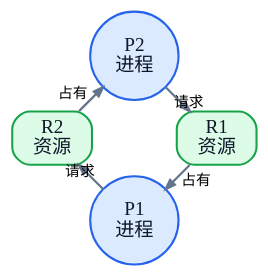
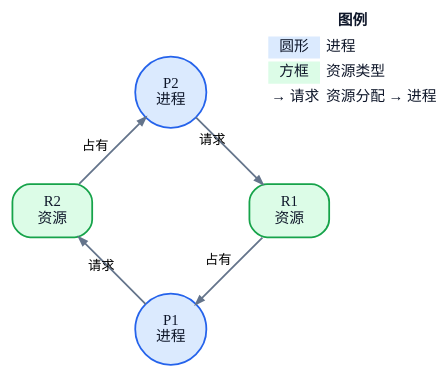
Before and after one commit to 74262195/system-architect-notes: the diagram in 01_综合知识/01_计算机基础知识/02_操作系统/死锁与银行家算法.md, drawn with Graphviz.

Commit message:
优化死锁图尺寸并补充图例

````diff
--- a/01_综合知识/01_计算机基础知识/02_操作系统/死锁与银行家算法.md
+++ b/01_综合知识/01_计算机基础知识/02_操作系统/死锁与银行家算法.md
@@ -93,17 +93,24 @@
 ```dot
 digraph ResourceAllocationGraph {
-  graph [layout=circo, bgcolor="transparent", pad=0.15, nodesep=0.3, overlap=false]
-  node [fontname="PingFang SC", fontsize=13, style="filled", penwidth=1.4, color="#334155", fontcolor="#0F172A"]
-  edge [fontname="PingFang SC", fontsize=10, color="#64748B", penwidth=1.5, arrowsize=0.65]
+  graph [layout=circo, bgcolor="transparent", pad=0.05, margin=0, nodesep=0.15, overlap=false, ratio=compress]
+  node [fontname="PingFang SC", fontsize=10, style="filled", penwidth=1.2, color="#334155", fontcolor="#0F172A", margin="0.1,0.06"]
+  edge [fontname="PingFang SC", fontsize=9, color="#64748B", penwidth=1.2, arrowsize=0.55]
 
   P1 [label="P1\n进程", shape=circle, fillcolor="#DBEAFE", color="#2563EB"]
   P2 [label="P2\n进程", shape=circle, fillcolor="#DBEAFE", color="#2563EB"]
   R1 [label="R1\n资源", shape=box, style="rounded,filled", fillcolor="#DCFCE7", color="#16A34A"]
   R2 [label="R2\n资源", shape=box, style="rounded,filled", fillcolor="#DCFCE7", color="#16A34A"]
 
   P1 -> R2 [label="请求"]
   R2 -> P2 [label="占有"]
   P2 -> R1 [label="请求"]
   R1 -> P1 [label="占有"]
+
+  legend [shape=plain, style="", label=<<TABLE BORDER="0" CELLBORDER="0" CELLSPACING="2" CELLPADDING="2">
+    <TR><TD COLSPAN="2"><B>图例</B></TD></TR>
+    <TR><TD BGCOLOR="#DBEAFE">圆形</TD><TD ALIGN="LEFT">进程</TD></TR>
+    <TR><TD BGCOLOR="#DCFCE7">方框</TD><TD ALIGN="LEFT">资源类型</TD></TR>
+    <TR><TD ALIGN="LEFT">→ 请求</TD><TD ALIGN="LEFT">资源分配 → 进程</TD></TR>
+  </TABLE>>]
 }
 ```
````
